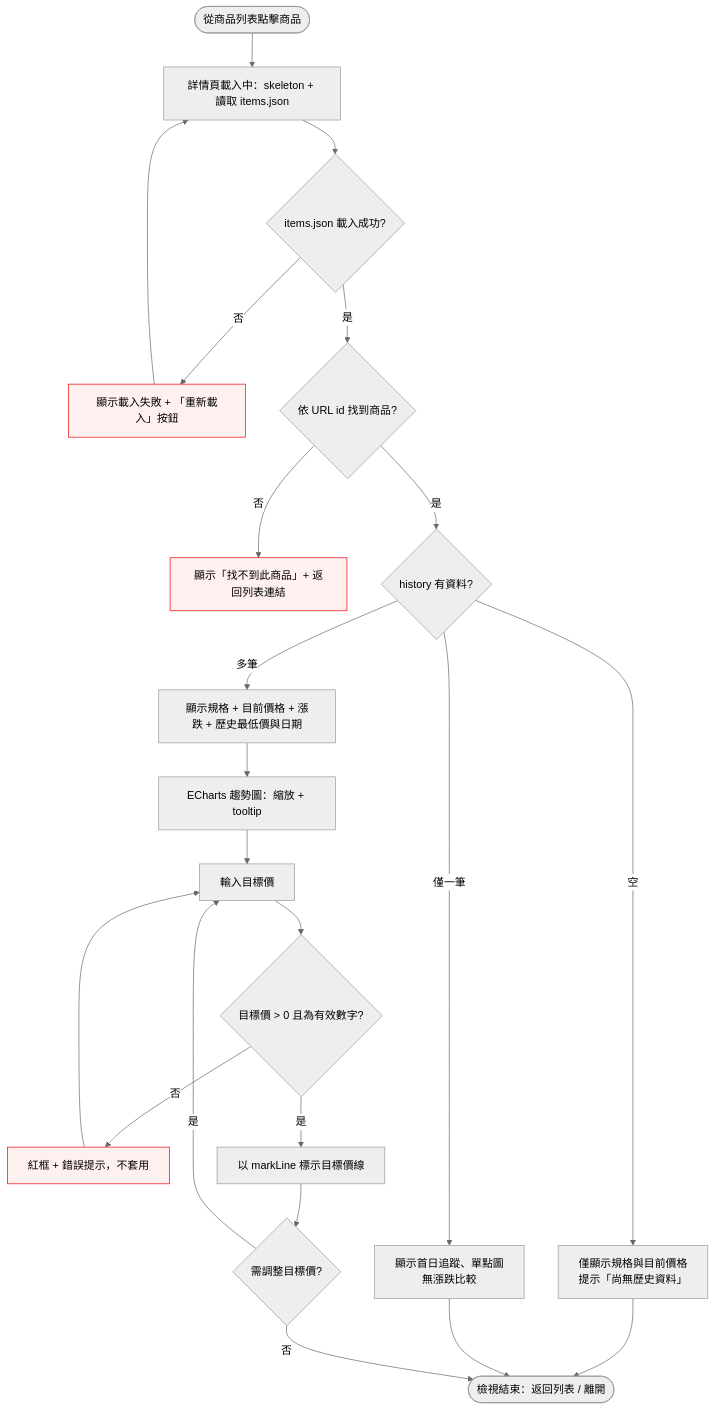
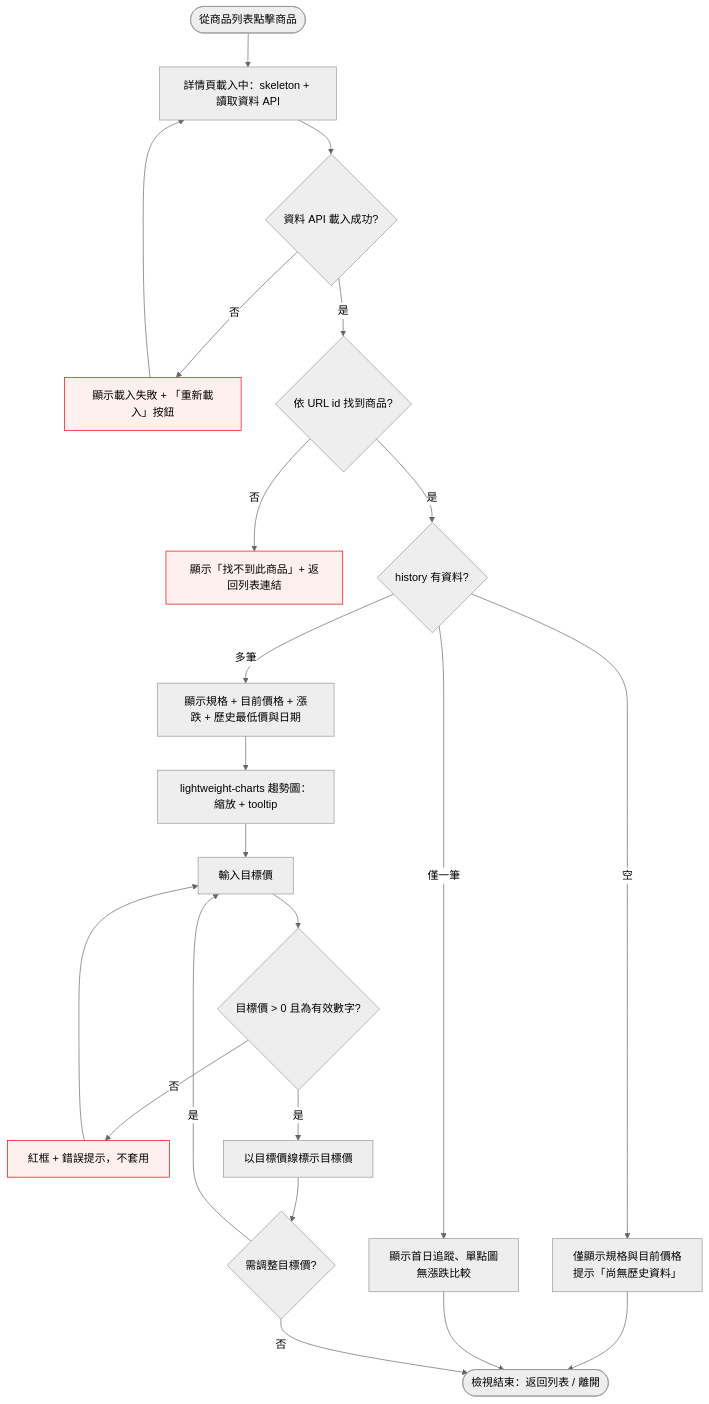
The diagram in docs/interaction-flows/004-product-detail-price-chart.md (YuHaoLiaoSideProject/CoolPCTracker), drawn with Mermaid (neutral theme) before and after one commit. The commit also changed other lines of this file and 15 other files, not shown here.

````diff
--- a/docs/interaction-flows/004-product-detail-price-chart.md
+++ b/docs/interaction-flows/004-product-detail-price-chart.md
@@ -29,28 +29,28 @@
 ```mermaid
 flowchart TD
-    Start([從商品列表點擊商品]) --> Load[詳情頁載入中：skeleton + 讀取 items.json]
-    Load --> Ok{items.json 載入成功?}
+    Start([從商品列表點擊商品]) --> Load[詳情頁載入中：skeleton + 讀取資料 API]
+    Load --> Ok{資料 API 載入成功?}
     Ok -- 否 --> RetryErr[顯示載入失敗 + 「重新載入」按鈕]
     RetryErr --> Load
     Ok -- 是 --> Find{依 URL id 找到商品?}
     Find -- 否 --> NotFound[顯示「找不到此商品」+ 返回列表連結]
     Find -- 是 --> HasHist{history 有資料?}
     HasHist -- 空 --> Degraded1[僅顯示規格與目前價格<br>提示「尚無歷史資料」]
     HasHist -- 僅一筆 --> Degraded2[顯示首日追蹤、單點圖<br>無漲跌比較]
     HasHist -- 多筆 --> Full[顯示規格 + 目前價格 + 漲跌 + 歷史最低價與日期]
     Degraded1 --> EndView([檢視結束：返回列表 / 離開])
     Degraded2 --> EndView
-    Full --> Chart[ECharts 趨勢圖：縮放 + tooltip]
+    Full --> Chart[lightweight-charts 趨勢圖：縮放 + tooltip]
     Chart --> Input[輸入目標價]
     Input --> Valid{目標價 > 0 且為有效數字?}
     Valid -- 否 --> Warn[紅框 + 錯誤提示，不套用]
     Warn --> Input
-    Valid -- 是 --> Mark[以 markLine 標示目標價線]
+    Valid -- 是 --> Mark[以目標價線標示目標價]
     Mark --> Adjust{需調整目標價?}
     Adjust -- 是 --> Input
     Adjust -- 否 --> EndView
 
     style RetryErr fill:#fff0f0,stroke:#e00
     style NotFound fill:#fff0f0,stroke:#e00
     style Warn fill:#fff0f0,stroke:#e00
 ```
````
